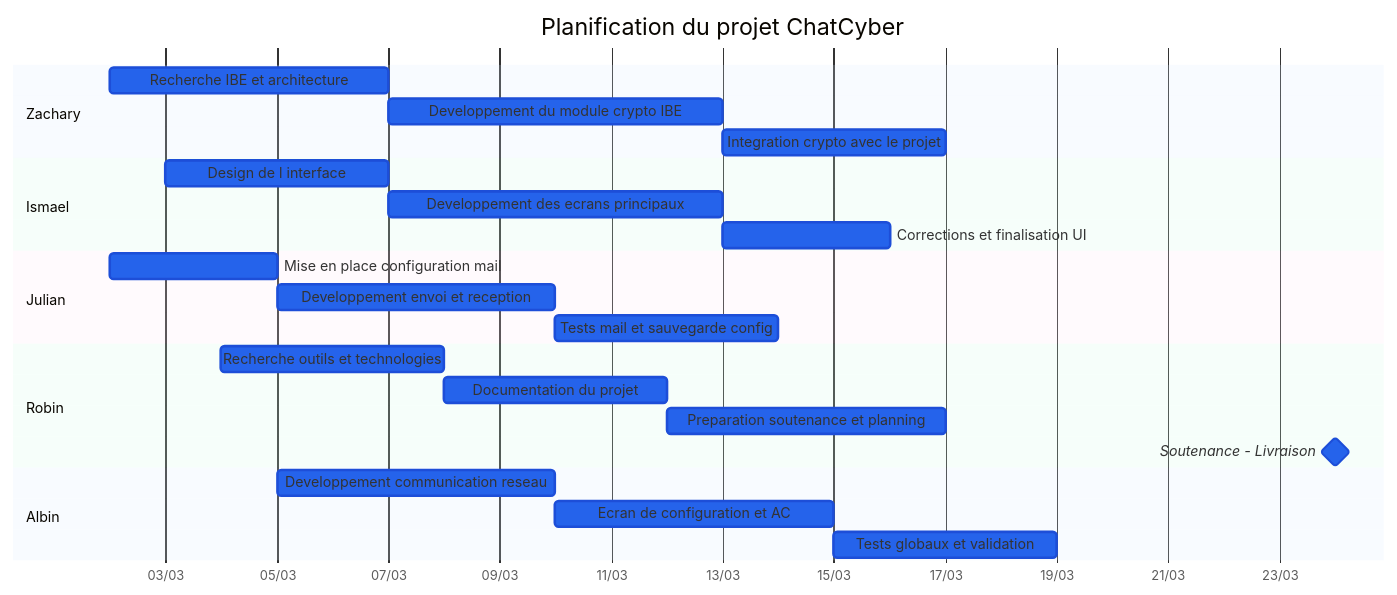
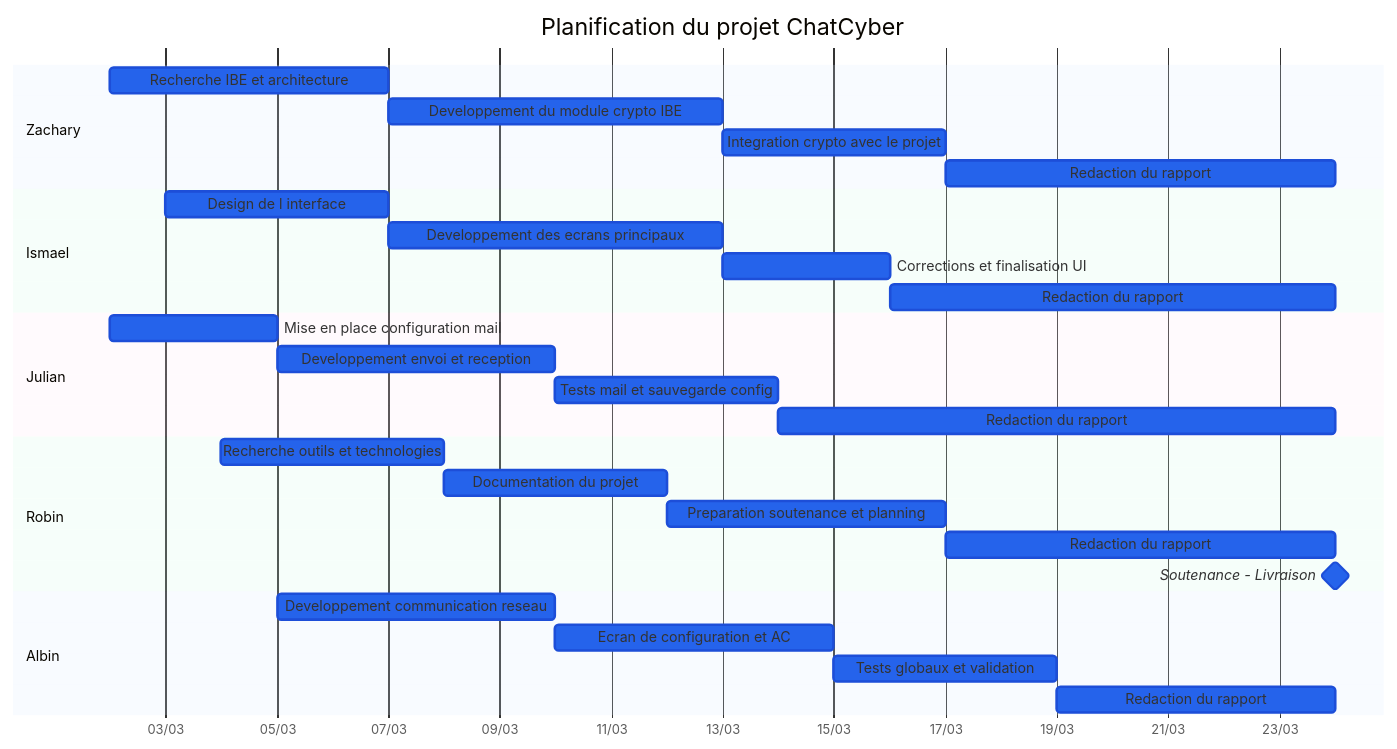
Before and after one commit to ismo009/chatcyber: the diagram in README_GANTT.md, drawn with Mermaid.

````diff
--- a/README_GANTT.md
+++ b/README_GANTT.md
@@ -5,59 +5,64 @@
 ```mermaid
 %%{init: {'theme': 'base', 'themeVariables': {
     'sectionBkgColor': '#dbeafe',
     'sectionBkgColor2': '#fce7f3',
     'altSectionBkgColor': '#d1fae5',
     'taskBkgColor': '#2563eb',
     'taskTextColor': '#ffffff',
     'taskBorderColor': '#1d4ed8',
     'doneTaskBkgColor': '#2563eb',
     'doneTaskBorderColor': '#1d4ed8',
     'activeTaskBkgColor': '#2563eb',
     'activeTaskBorderColor': '#1d4ed8',
     'section0': '#3b82f6',
     'section1': '#3b82f6',
     'section2': '#3b82f6',
     'section3': '#3b82f6',
     'section4': '#3b82f6',
     'taskText0': '#ffffff',
     'taskText1': '#ffffff',
     'taskText2': '#ffffff',
     'taskText3': '#ffffff',
     'taskText4': '#ffffff',
     'cScale0': '#3b82f6',
     'cScale1': '#3b82f6',
     'cScale2': '#3b82f6',
     'cScale3': '#3b82f6',
     'cScale4': '#3b82f6'
 }}}%%
 gantt
     title Planification du projet ChatCyber
     dateFormat YYYY-MM-DD
     axisFormat %d/%m
 
     section Zachary
     Recherche IBE et architecture              :done, z1, 2026-03-02, 5d
     Developpement du module crypto IBE         :done, z2, after z1, 6d
     Integration crypto avec le projet          :done, z3, after z2, 4d
+    Redaction du rapport                       :done, z4, after z3, 2026-03-24
 
     section Ismael
     Design de l interface                      :done, i1, 2026-03-03, 4d
     Developpement des ecrans principaux        :done, i2, after i1, 6d
     Corrections et finalisation UI             :done, i3, after i2, 3d
+    Redaction du rapport                       :done, i4, after i3, 2026-03-24
 
     section Julian
     Mise en place configuration mail           :done, j1, 2026-03-02, 3d
     Developpement envoi et reception           :done, j2, after j1, 5d
     Tests mail et sauvegarde config            :done, j3, after j2, 4d
+    Redaction du rapport                       :done, j4, after j3, 2026-03-24
 
     section Robin
     Recherche outils et technologies           :done, r1, 2026-03-04, 4d
     Documentation du projet                    :done, r2, after r1, 4d
     Preparation soutenance et planning         :active, r3, after r2, 5d
-    Soutenance - Livraison                     :milestone, r4, 2026-03-24, 0d
+    Redaction du rapport                       :done, r4, after r3, 2026-03-24
+    Soutenance - Livraison                     :milestone, r5, 2026-03-24, 0d
 
     section Albin
     Developpement communication reseau         :done, a1, 2026-03-05, 5d
     Ecran de configuration et AC               :done, a2, after a1, 5d
     Tests globaux et validation                :done, a3, after a2, 4d
+    Redaction du rapport                       :done, a4, after a3, 2026-03-24
 ```
````
